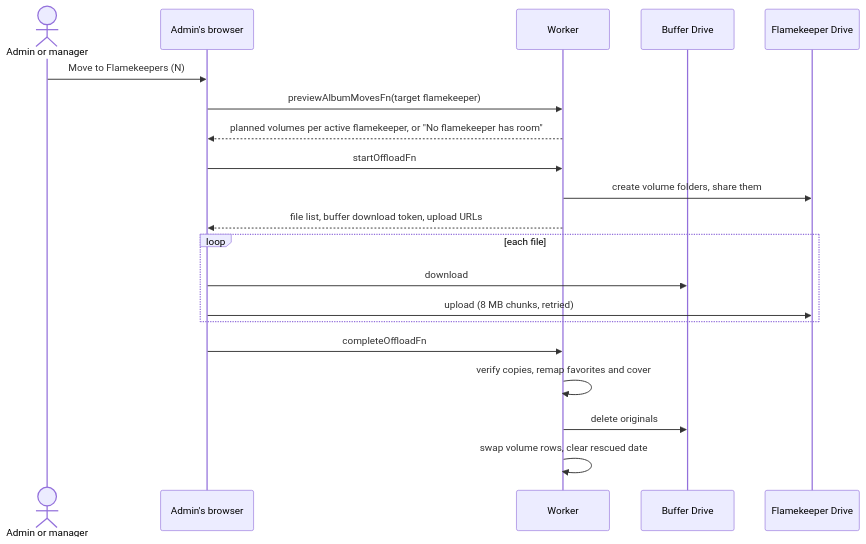
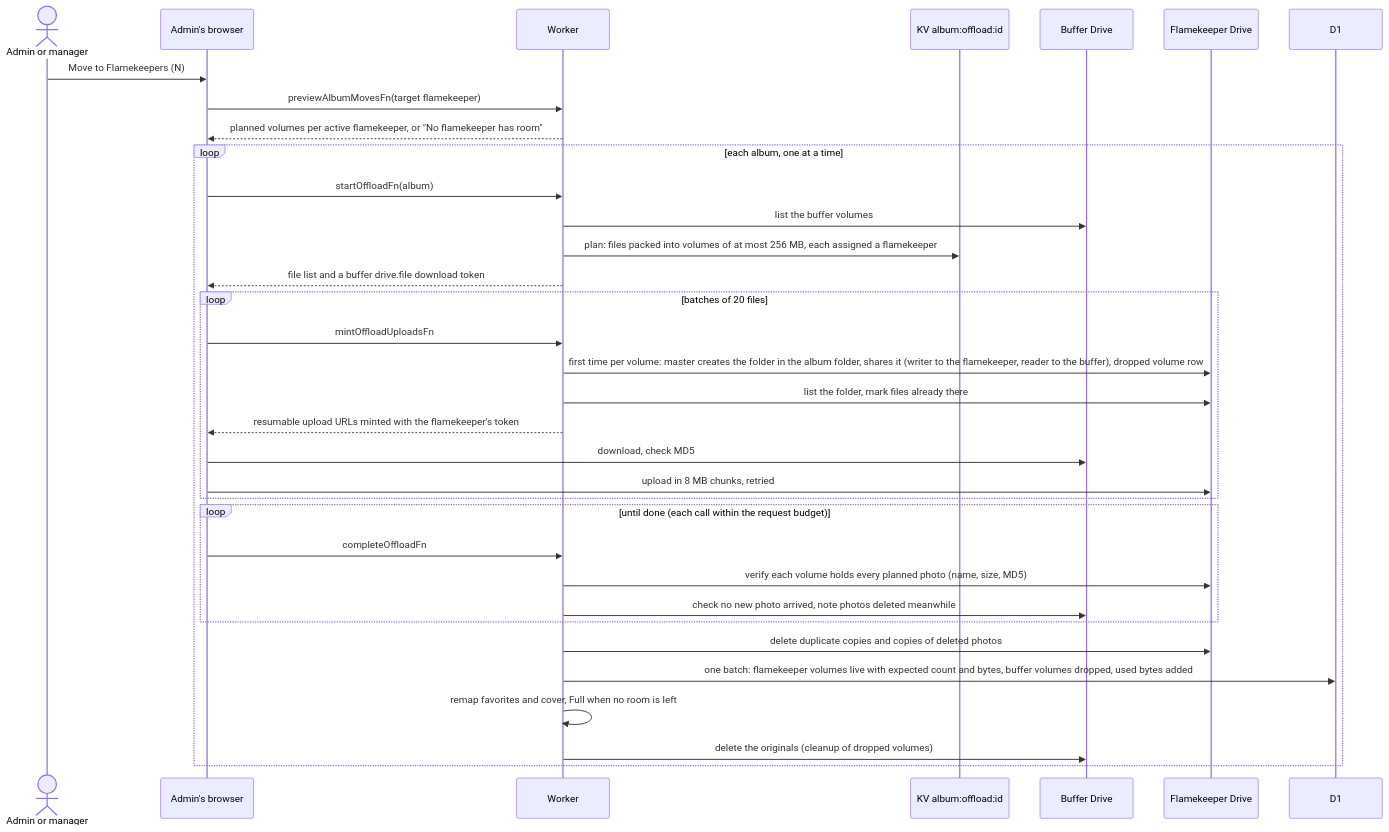
The second of 3 diagrams in docs/scenarios/admin/albums/storage.md (sagyzdop/meriksirat), drawn with Mermaid before and after one commit. The commit also changed other lines of this file and 51 other files, not shown here.

Commit message:
feat: build album offload without a flag, wire lost-grace and graduation settings, show Stopped

````diff
--- a/docs/scenarios/admin/albums/storage.md
+++ b/docs/scenarios/admin/albums/storage.md
@@ -32,23 +36,37 @@
 ```mermaid
 sequenceDiagram
     actor A as Admin or manager
     participant B as Admin's browser
     participant W as Worker
+    participant K as KV album:offload:id
     participant Buf as Buffer Drive
     participant FK as Flamekeeper Drive
+    participant D1
 
     A->>B: Move to Flamekeepers (N)
     B->>W: previewAlbumMovesFn(target flamekeeper)
     W-->>B: planned volumes per active flamekeeper, or "No flamekeeper has room"
-    B->>W: startOffloadFn
-    W->>FK: create volume folders, share them
-    W-->>B: file list, buffer download token, upload URLs
-    loop each file
-        B->>Buf: download
-        B->>FK: upload (8 MB chunks, retried)
+    loop each album, one at a time
+        B->>W: startOffloadFn(album)
+        W->>Buf: list the buffer volumes
+        W->>K: plan: files packed into volumes of at most 256 MB, each assigned a flamekeeper
+        W-->>B: file list and a buffer drive.file download token
+        loop batches of 20 files
+            B->>W: mintOffloadUploadsFn
+            W->>FK: first time per volume: master creates the folder in the album folder, shares it (writer to the flamekeeper, reader to the buffer), dropped volume row
+            W->>FK: list the folder, mark files already there
+            W-->>B: resumable upload URLs minted with the flamekeeper's token
+            B->>Buf: download, check MD5
+            B->>FK: upload in 8 MB chunks, retried
+        end
+        loop until done (each call within the request budget)
+            B->>W: completeOffloadFn
+            W->>FK: verify each volume holds every planned photo (name, size, MD5)
+            W->>Buf: check no new photo arrived, note photos deleted meanwhile
+        end
+        W->>FK: delete duplicate copies and copies of deleted photos
+        W->>D1: one batch: flamekeeper volumes live with expected count and bytes, buffer volumes dropped, used bytes added
+        W->>W: remap favorites and cover, Full when no room is left
+        W->>Buf: delete the originals (cleanup of dropped volumes)
     end
-    B->>W: completeOffloadFn
-    W->>W: verify copies, remap favorites and cover
-    W->>Buf: delete originals
-    W->>W: swap volume rows, clear rescued date
 ```
````
